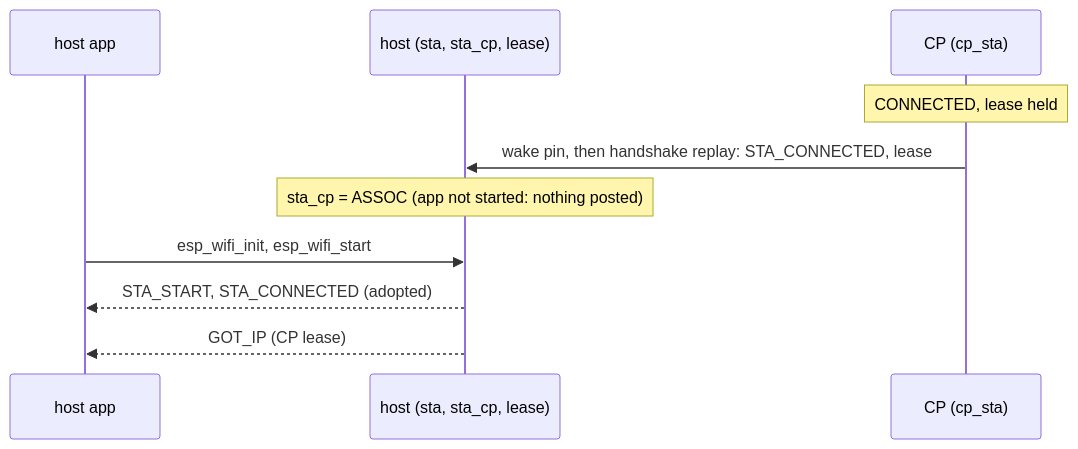
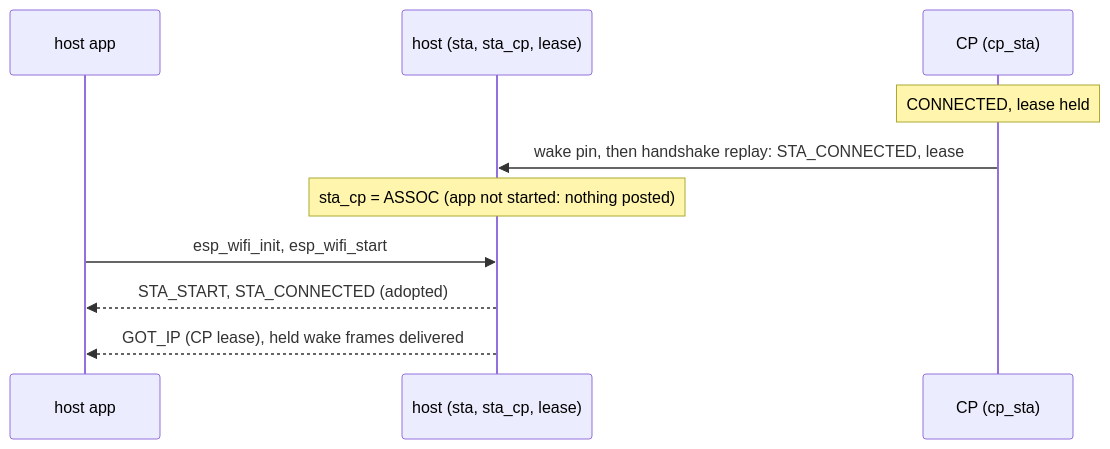
The eighth of 10 diagrams in docs/design/wifi-fsm.md (espressif/esp-hosted-mcu), drawn with Mermaid before and after one commit. The commit also changed other lines of this file and 10 other files, not shown here.

First line of the commit message:
host_ps: power-save FSM, wake filter, hold wake frames

````diff
--- a/docs/design/wifi-fsm.md
+++ b/docs/design/wifi-fsm.md
@@ -286,12 +306,12 @@
 ```mermaid
 sequenceDiagram
   participant App as host app
   participant H as host (sta, sta_cp, lease)
   participant CP as CP (cp_sta)
   Note over CP: CONNECTED, lease held
   CP->>H: wake pin, then handshake replay: STA_CONNECTED, lease
   Note over H: sta_cp = ASSOC (app not started: nothing posted)
   App->>H: esp_wifi_init, esp_wifi_start
   H-->>App: STA_START, STA_CONNECTED (adopted)
-  H-->>App: GOT_IP (CP lease)
+  H-->>App: GOT_IP (CP lease), held wake frames delivered
 ```
````
